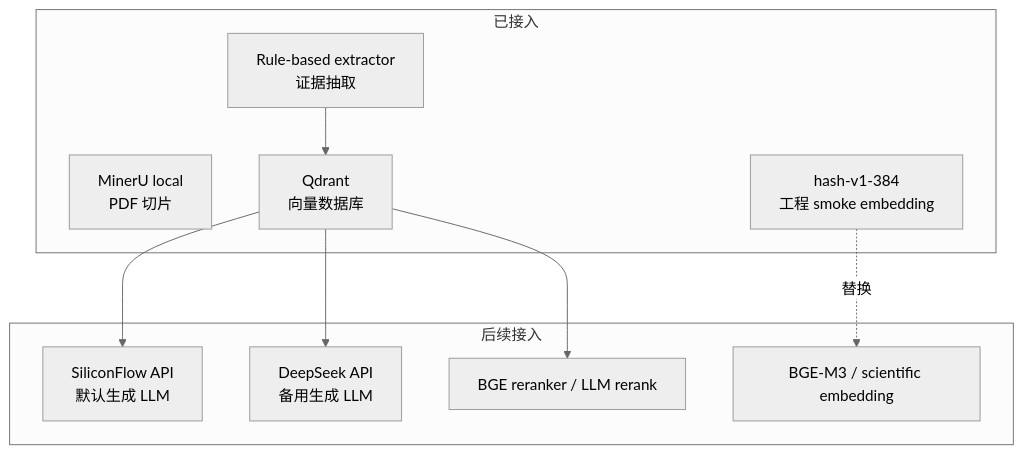
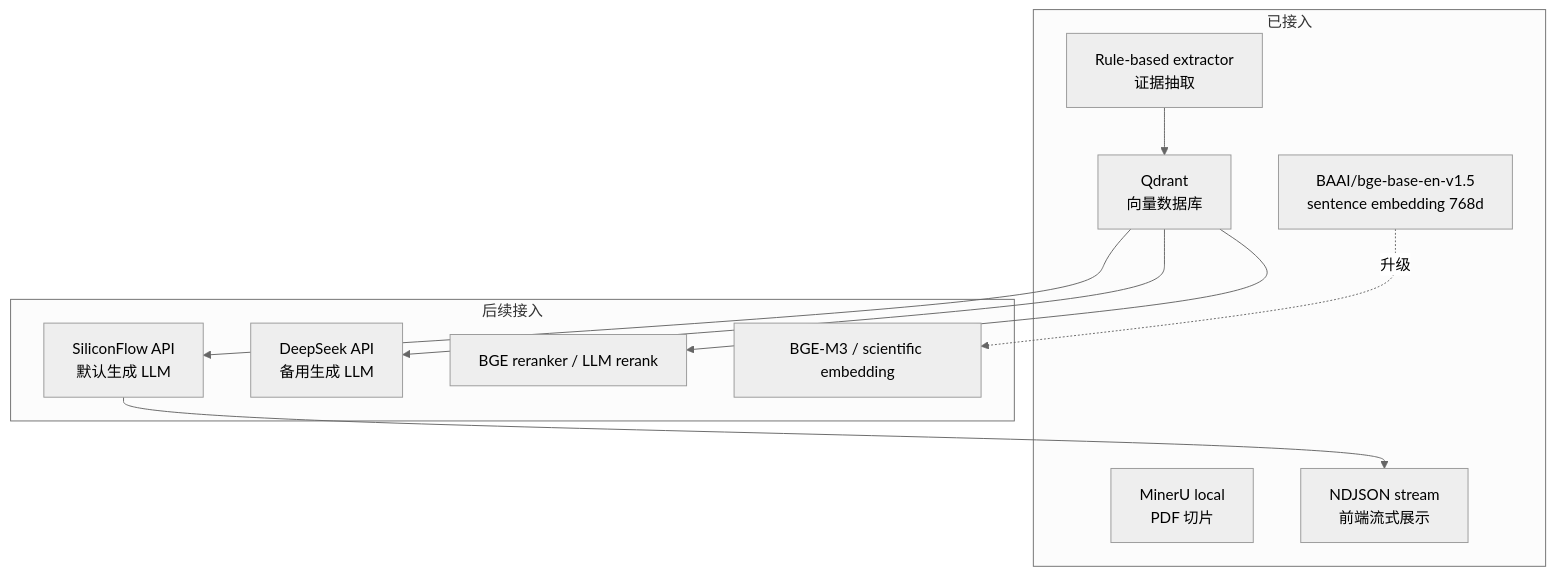
One commit to xwy0303/vitallm changed the second of 2 diagrams in README.md. Above: the diagram before and after it, drawn with Mermaid (neutral theme). The commit also changed other lines of this file and 28 other files, not shown here.

````diff
--- a/README.md
+++ b/README.md
@@ -56,22 +56,24 @@
 ```mermaid
 flowchart TB
   subgraph Deployed["已接入"]
     MinerU["MinerU local<br/>PDF 切片"]
     Qdrant["Qdrant<br/>向量数据库"]
-    Hash["hash-v1-384<br/>工程 smoke embedding"]
+    BGEBase["BAAI/bge-base-en-v1.5<br/>sentence embedding 768d"]
     Rules["Rule-based extractor<br/>证据抽取"]
+    Stream["NDJSON stream<br/>前端流式展示"]
   end
 
   subgraph Planned["后续接入"]
     SF["SiliconFlow API<br/>默认生成 LLM"]
     DS["DeepSeek API<br/>备用生成 LLM"]
     BGE["BGE-M3 / scientific embedding"]
     Reranker["BGE reranker / LLM rerank"]
   end
 
   Rules --> Qdrant
   Qdrant --> SF
   Qdrant --> DS
-  Hash -.替换.-> BGE
+  SF --> Stream
+  BGEBase -.升级.-> BGE
   Qdrant --> Reranker
 ```
````
